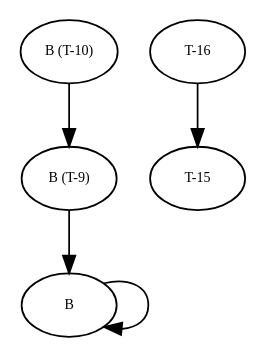
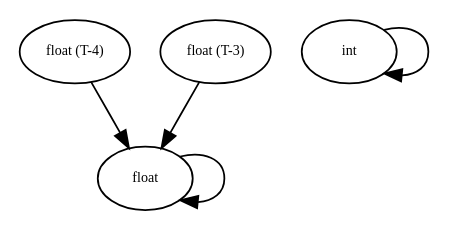
Before and after one commit to amso100/livescript-declarations: the diagram in graphs/debug_tree1.dot, drawn with Graphviz. The commit also changed 12 other files, not shown here.

```diff
--- a/graphs/debug_tree1.dot
+++ b/graphs/debug_tree1.dot
@@ -1,42 +1,37 @@
 digraph RGL__DirectedAdjacencyGraph {
-    B [
+    float [
         fontsize = 8,
-        label = B
+        label = float
     ]
 
-    "T-16" [
+    int [
         fontsize = 8,
-        label = "T-16"
+        label = int
     ]
 
-    "T-15" [
+    "float (T-4)" [
         fontsize = 8,
-        label = "T-15"
+        label = "float (T-4)"
     ]
 
-    "B (T-10)" [
+    "float (T-3)" [
         fontsize = 8,
-        label = "B (T-10)"
+        label = "float (T-3)"
     ]
 
-    "B (T-9)" [
-        fontsize = 8,
-        label = "B (T-9)"
-    ]
-
-    B -> B [
+    float -> float [
         fontsize = 8
     ]
 
-    "T-16" -> "T-15" [
+    int -> int [
         fontsize = 8
     ]
 
-    "B (T-10)" -> "B (T-9)" [
+    "float (T-4)" -> float [
         fontsize = 8
     ]
 
-    "B (T-9)" -> B [
+    "float (T-3)" -> float [
         fontsize = 8
     ]
 }
```
